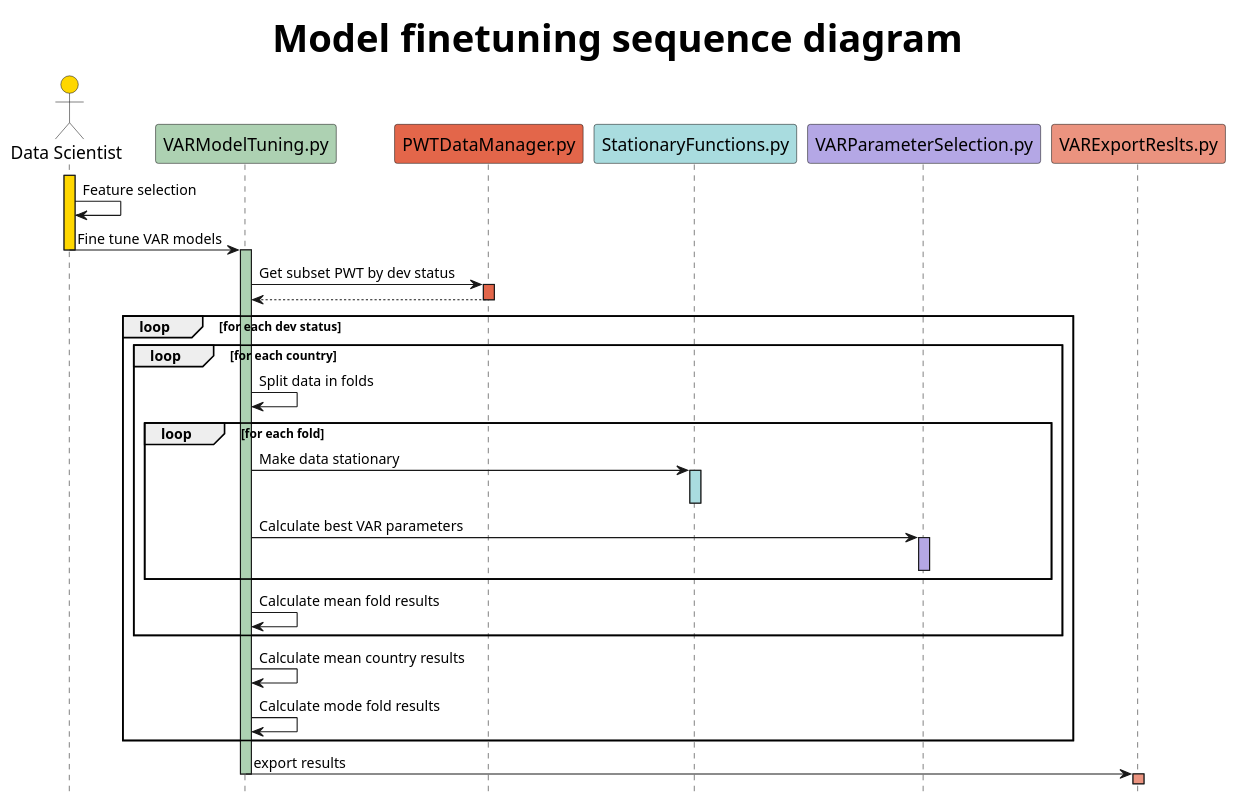
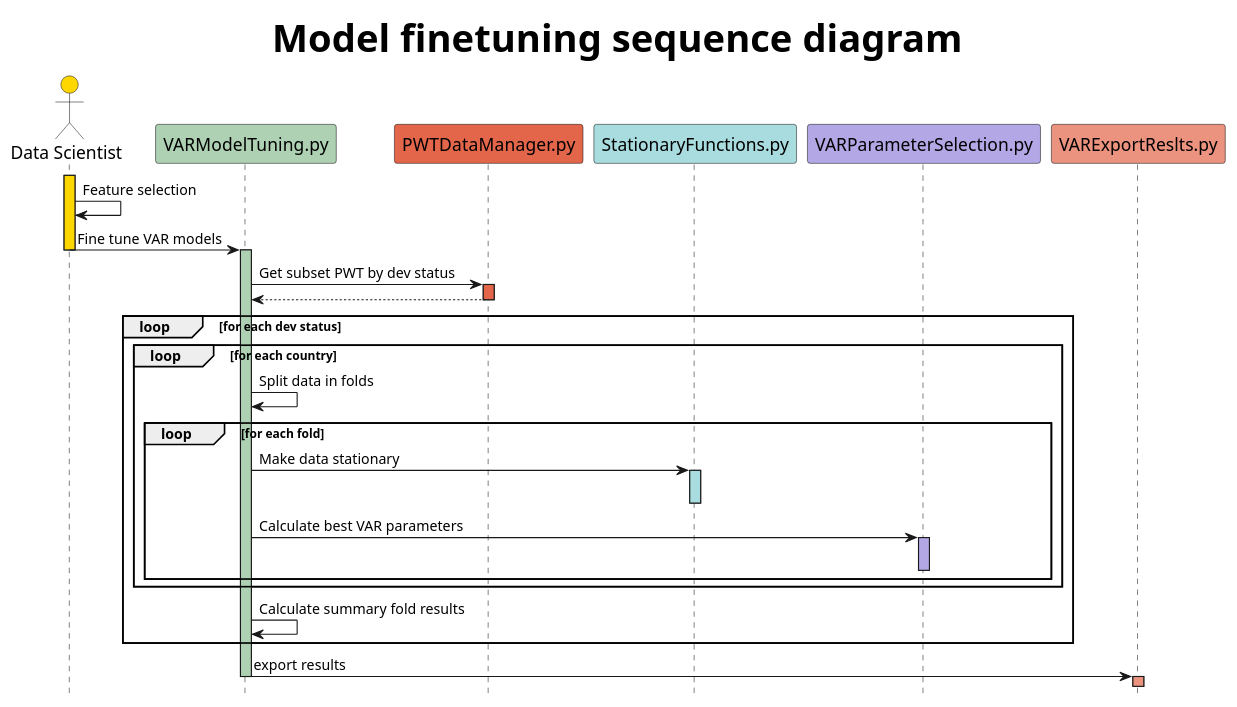
The diagram in Python/Models/VectorAutoRegression/Diagrams/VARModelFineTuningSequence.plantuml (SebastiaanBooman/Data-Science-Group-7), drawn with PlantUML before and after one commit. The commit also changed 3 other files, not shown here.

Commit message:
Add plots for exported var fold results

```diff
--- a/Python/Models/VectorAutoRegression/Diagrams/VARModelFineTuningSequence.plantuml
+++ b/Python/Models/VectorAutoRegression/Diagrams/VARModelFineTuningSequence.plantuml
@@ -1,47 +1,47 @@
 @startuml
 skinparam TitleFontSize 35
 skinparam actorFontSize 16
 skinparam ParticipantFontSize 16
 hide footbox
 title Model finetuning sequence diagram
 
 actor "Data Scientist" as DS #Gold
 participant VARModelTuning.py as VMT            #ADD1B2
 participant PWTDataManager.py as PWTDM          #E3664A
 participant StationaryFunctions.py as SF        #A9DCDF
 participant VARParameterSelection.py as VPS     #B4A7E5
 participant VARExportReslts.py as VER           #EB937F
 
 activate DS #Gold
 DS -> DS: Feature selection
 DS -> VMT: Fine tune VAR models
 deactivate DS 
 
 activate VMT #ADD1B2
 VMT -> PWTDM: Get subset PWT by dev status
 activate PWTDM #E3664A
 VMT <-- PWTDM
 deactivate PWTDM
 loop for each dev status
             loop for each country 
                 VMT -> VMT: Split data in folds
                 loop for each fold 
                     VMT -> SF: Make data stationary
                     activate SF #A9DCDF
                     'VMT <-- SF
                     deactivate SF
                     VMT -> VPS: Calculate best VAR parameters
                     activate VPS #B4A7E5
                     'VMT <-- VPS
                     deactivate VPS
                 end
-                VMT -> VMT: Calculate mean fold results
+                'VMT -> VMT: Calculate mean fold results
             end
-            VMT -> VMT: Calculate mean country results
-            VMT -> VMT: Calculate mode fold results
+            'VMT -> VMT: Calculate mean country results
+            VMT -> VMT: Calculate summary fold results
         end
 VMT -> VER: export results
 deactivate VMT
 activate VER #EB937F
 deactivate VER
 @enduml
```
